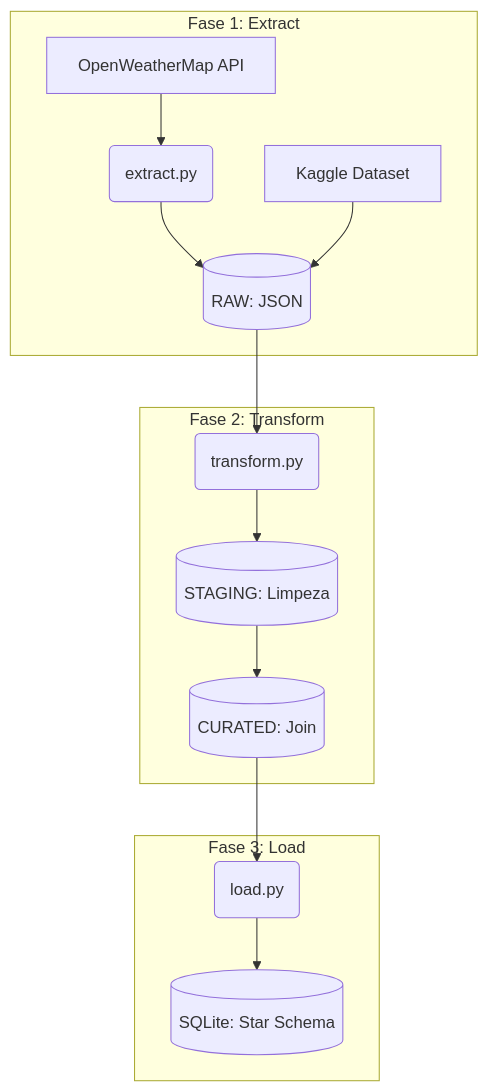
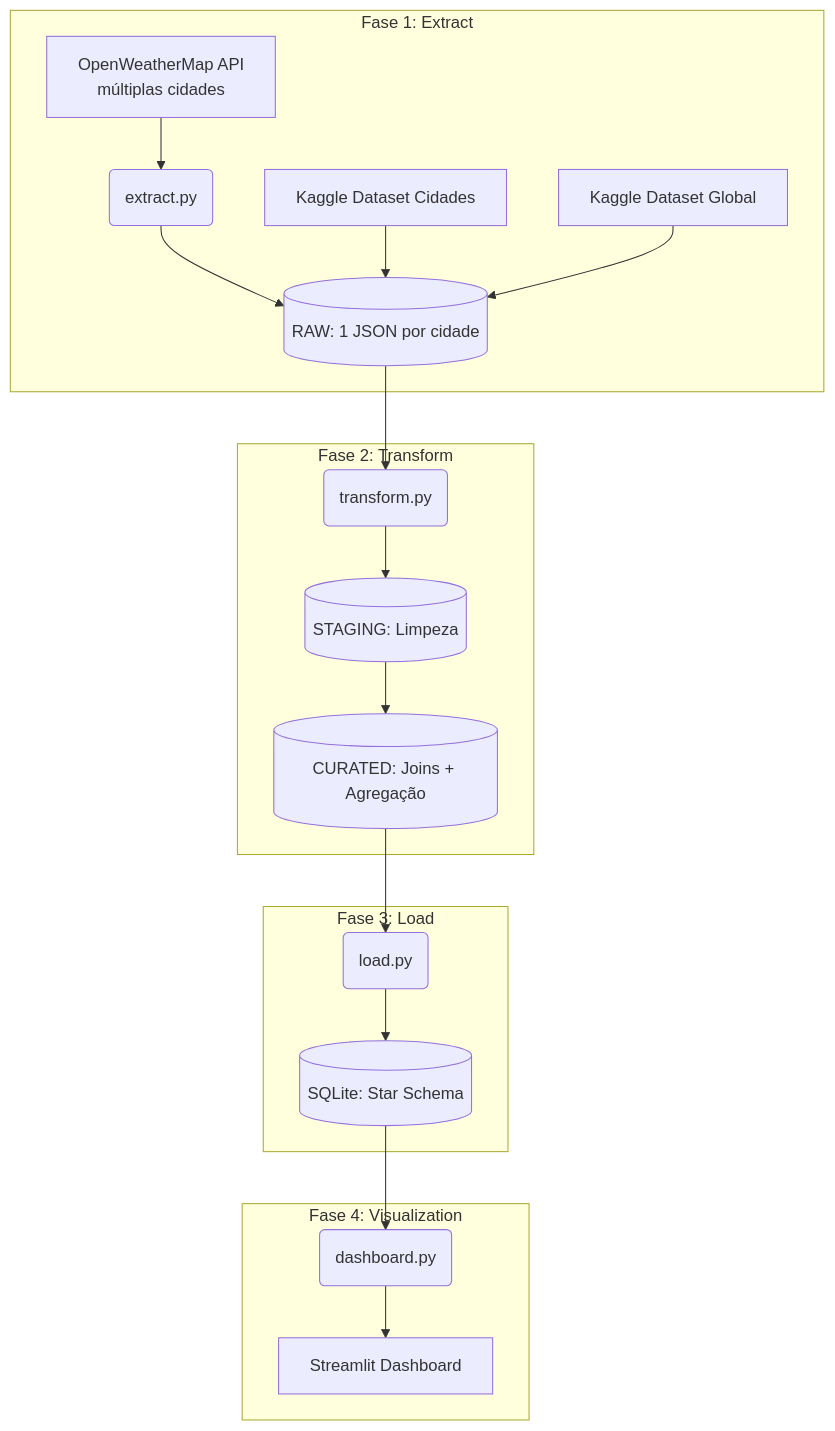
The first of 2 diagrams in README.md (davgomes92/projeto_etl), drawn with Mermaid before and after one commit. The commit also changed other lines of this file and 1 other file, not shown here.

````diff
--- a/README.md
+++ b/README.md
@@ -68,19 +113,25 @@
 ```mermaid
 graph TD
     subgraph Fase 1: Extract
-        A[OpenWeatherMap API] --> B(extract.py)
-        B --> C[(RAW: JSON)]
-        E[Kaggle Dataset] --> C
+        A[OpenWeatherMap API<br/>múltiplas cidades] --> B(extract.py)
+        B --> C[(RAW: 1 JSON por cidade)]
+        E[Kaggle Dataset Cidades] --> C
+        K[Kaggle Dataset Global] --> C
     end
 
     subgraph Fase 2: Transform
         C --> F(transform.py)
         F --> G[(STAGING: Limpeza)]
-        G --> H[(CURATED: Join)]
+        G --> H[(CURATED: Joins + Agregação)]
     end
 
     subgraph Fase 3: Load
         H --> I(load.py)
         I --> J[(SQLite: Star Schema)]
     end
+
+    subgraph Fase 4: Visualization
+        J --> L(dashboard.py)
+        L --> M[Streamlit Dashboard]
+    end
 ```
````
